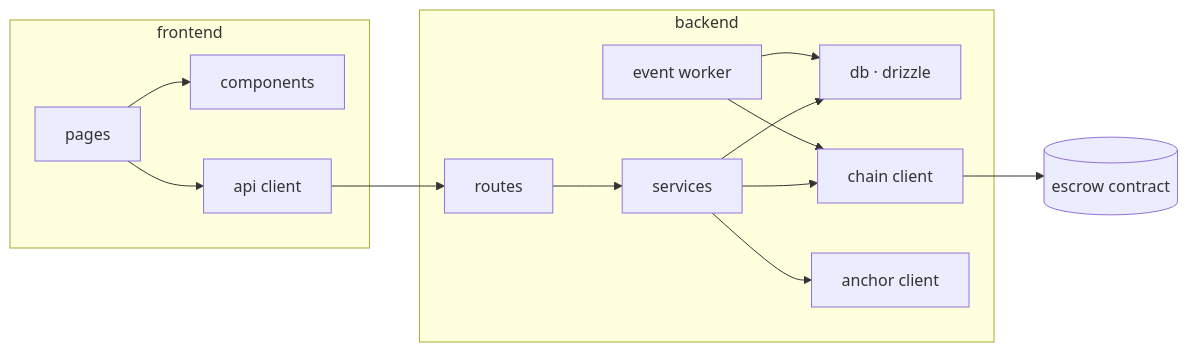
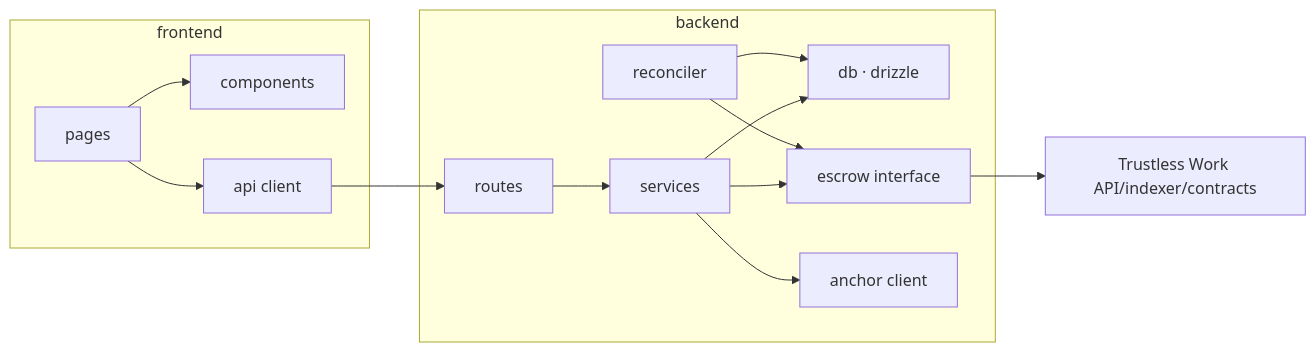
Before and after one commit to CemAyyildiz/Pactly: the second of 3 diagrams in _bmad-output/planning-artifacts/architecture/architecture-Pactly-2026-09-16/ARCHITECTURE-SPINE.md, drawn with Mermaid. The commit also changed other lines of this file and 7 other files, not shown here.

Commit message:
docs(course): pivot escrow runtime to Trustless Work

````diff
--- a/_bmad-output/planning-artifacts/architecture/architecture-Pactly-2026-09-16/ARCHITECTURE-SPINE.md
+++ b/_bmad-output/planning-artifacts/architecture/architecture-Pactly-2026-09-16/ARCHITECTURE-SPINE.md
@@ -129,17 +131,17 @@
 ```mermaid
 graph LR
   subgraph frontend
     P[pages] --> C[components]
     P --> A[api client]
   end
   subgraph backend
     R[routes] --> S[services]
     S --> D[db · drizzle]
-    S --> X[chain client]
+    S --> X[escrow interface]
     S --> N[anchor client]
-    W[event worker] --> X
+    W[reconciler] --> X
     W --> D
   end
   A --> R
-  X --> CT[(escrow contract)]
+  X --> TW[Trustless Work API/indexer/contracts]
 ```
````
